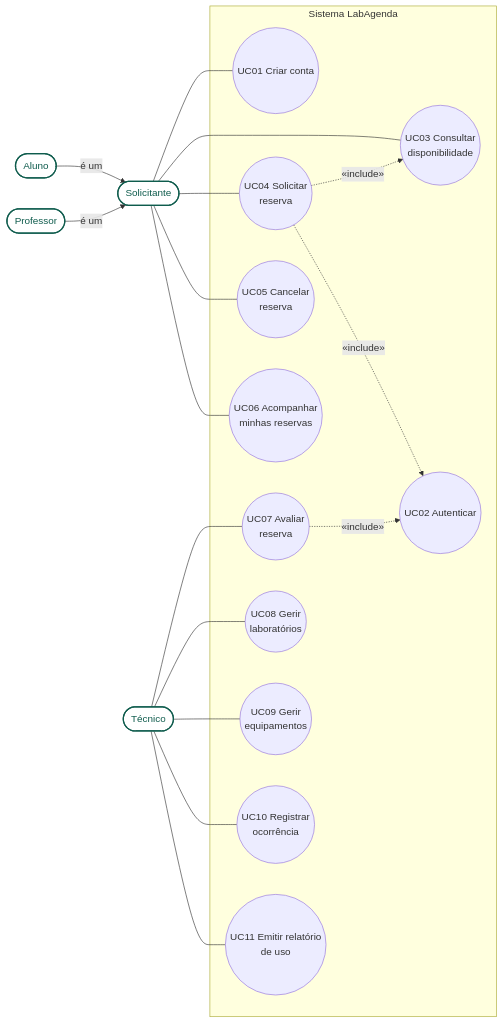
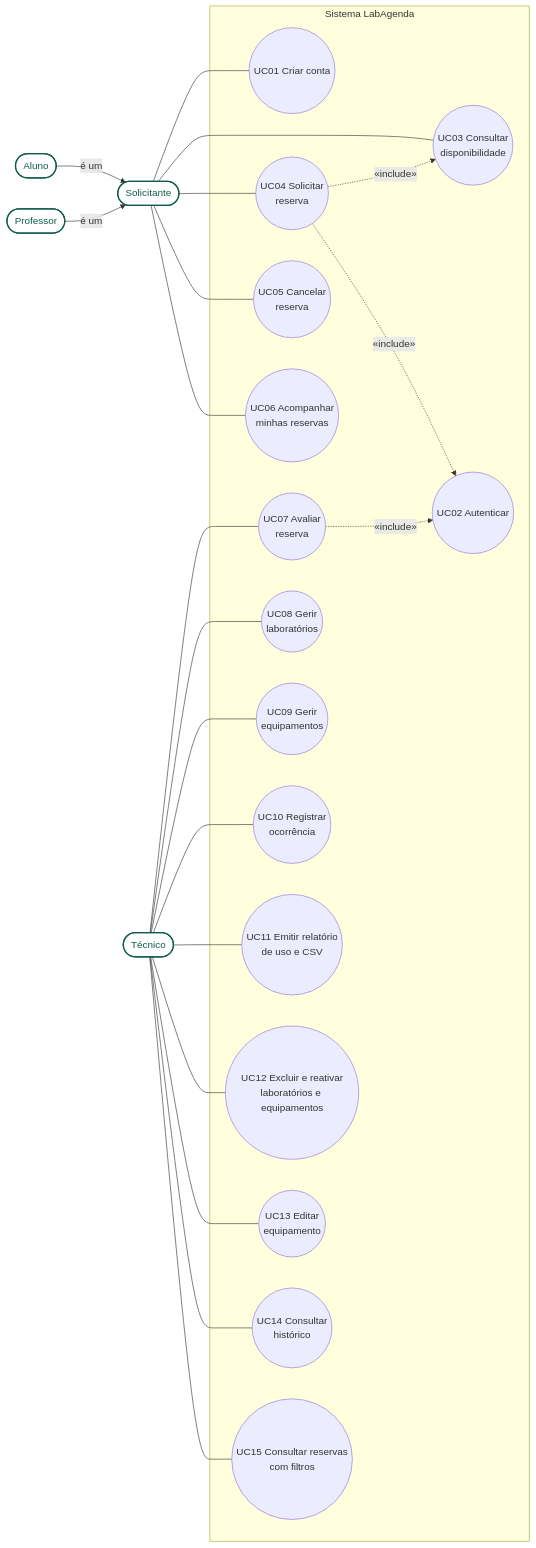
Before and after one commit to LeonardoCeccon/Projeto-Integrador-Interdisciplinar: the diagram in docs/diagramas/casos_de_uso.mmd, drawn with Mermaid. The commit also changed 20 other files, not shown here.

```diff
--- a/docs/diagramas/casos_de_uso.mmd
+++ b/docs/diagramas/casos_de_uso.mmd
@@ -1,26 +1,30 @@
 flowchart LR
   AL([Aluno]):::ator
   PR([Professor]):::ator
   S([Solicitante]):::ator
   T([Técnico]):::ator
   AL -- "é um" --> S
   PR -- "é um" --> S
   subgraph SIS[Sistema LabAgenda]
     UC1((UC01 Criar conta))
     UC2((UC02 Autenticar))
     UC3((UC03 Consultar<br/>disponibilidade))
     UC4((UC04 Solicitar<br/>reserva))
     UC5((UC05 Cancelar<br/>reserva))
     UC6((UC06 Acompanhar<br/>minhas reservas))
     UC7((UC07 Avaliar<br/>reserva))
     UC8((UC08 Gerir<br/>laboratórios))
     UC9((UC09 Gerir<br/>equipamentos))
     UC10((UC10 Registrar<br/>ocorrência))
-    UC11((UC11 Emitir relatório<br/>de uso))
+    UC11((UC11 Emitir relatório<br/>de uso e CSV))
+    UC12((UC12 Excluir e reativar<br/>laboratórios e equipamentos))
+    UC13((UC13 Editar<br/>equipamento))
+    UC14((UC14 Consultar<br/>histórico))
+    UC15((UC15 Consultar reservas<br/>com filtros))
   end
   S --- UC1 & UC3 & UC4 & UC5 & UC6
-  T --- UC7 & UC8 & UC9 & UC10 & UC11
+  T --- UC7 & UC8 & UC9 & UC10 & UC11 & UC12 & UC13 & UC14 & UC15
   UC4 -. "«include»" .-> UC3
   UC4 -. "«include»" .-> UC2
   UC7 -. "«include»" .-> UC2
   classDef ator fill:#fff,stroke:#0f5c4d,stroke-width:2px,color:#0f5c4d
```
